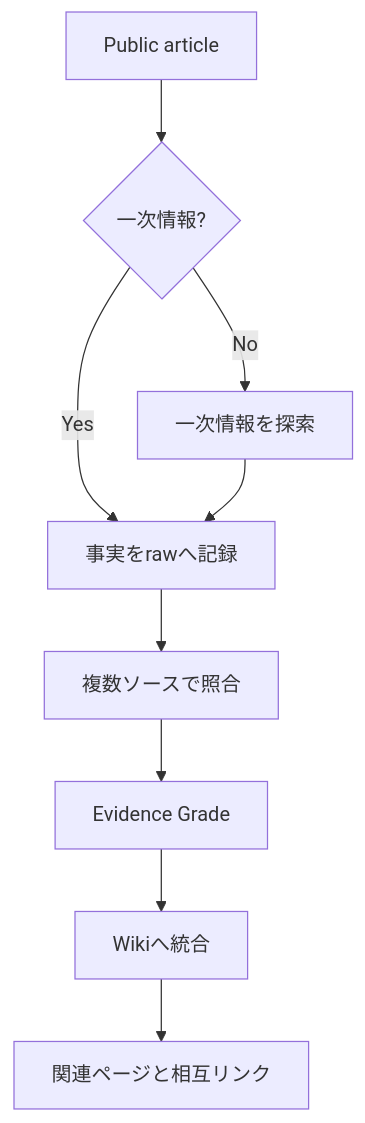
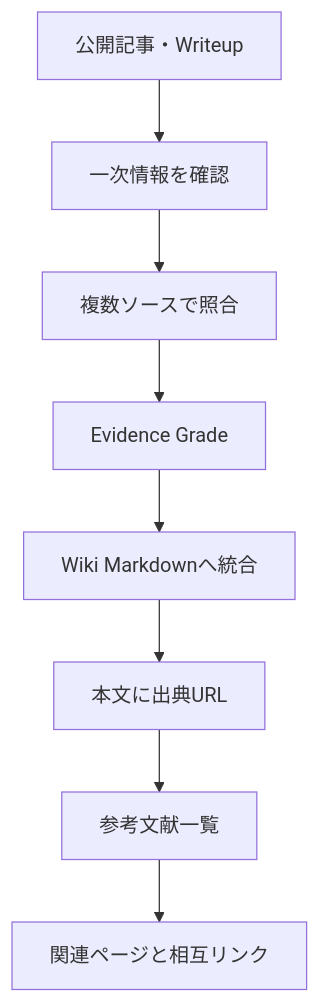
Before and after one commit to morikazu1119/Kagglecture: the second of 2 diagrams in wiki/index.md, drawn with Mermaid. The commit also changed other lines of this file, not shown here.

Commit message:
docs: embed references directly in wiki pages

````diff
--- a/wiki/index.md
+++ b/wiki/index.md
@@ -60,11 +60,10 @@
 ```mermaid
 flowchart TD
-    A[Public article] --> B{一次情報?}
-    B -->|Yes| C[事実をrawへ記録]
-    B -->|No| D[一次情報を探索]
-    D --> C
-    C --> E[複数ソースで照合]
-    E --> F[Evidence Grade]
-    F --> G[Wikiへ統合]
+    A[公開記事・Writeup] --> B[一次情報を確認]
+    B --> C[複数ソースで照合]
+    C --> D[Evidence Grade]
+    D --> E[Wiki Markdownへ統合]
+    E --> F[本文に出典URL]
+    F --> G[参考文献一覧]
     G --> H[関連ページと相互リンク]
 ```
````
